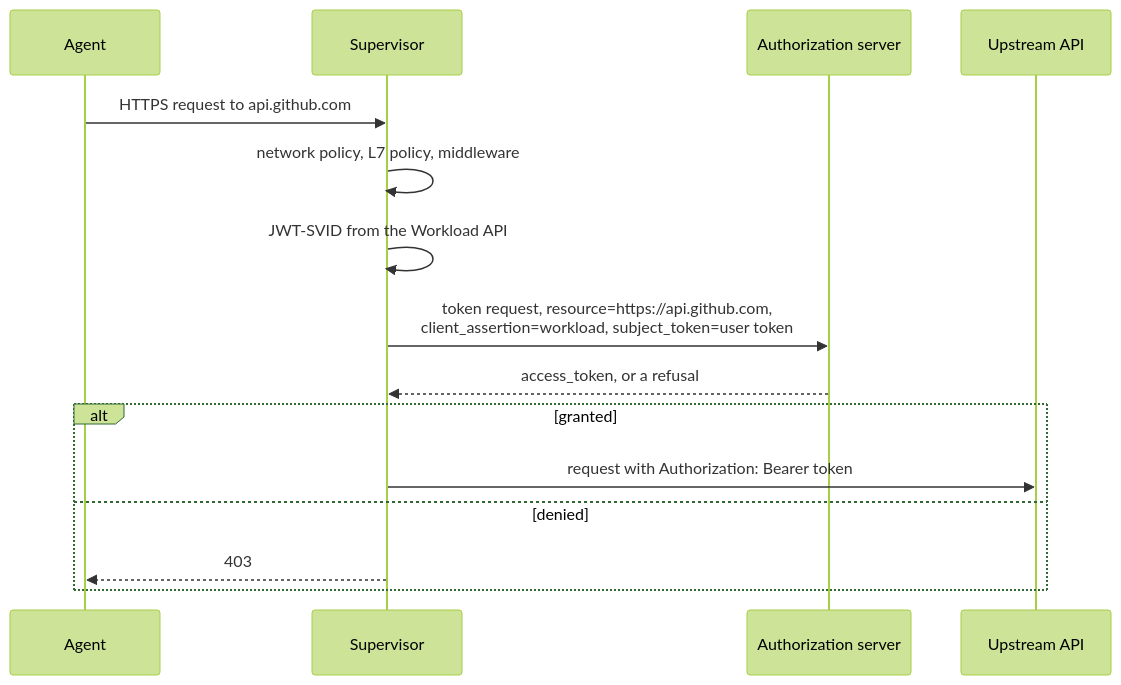
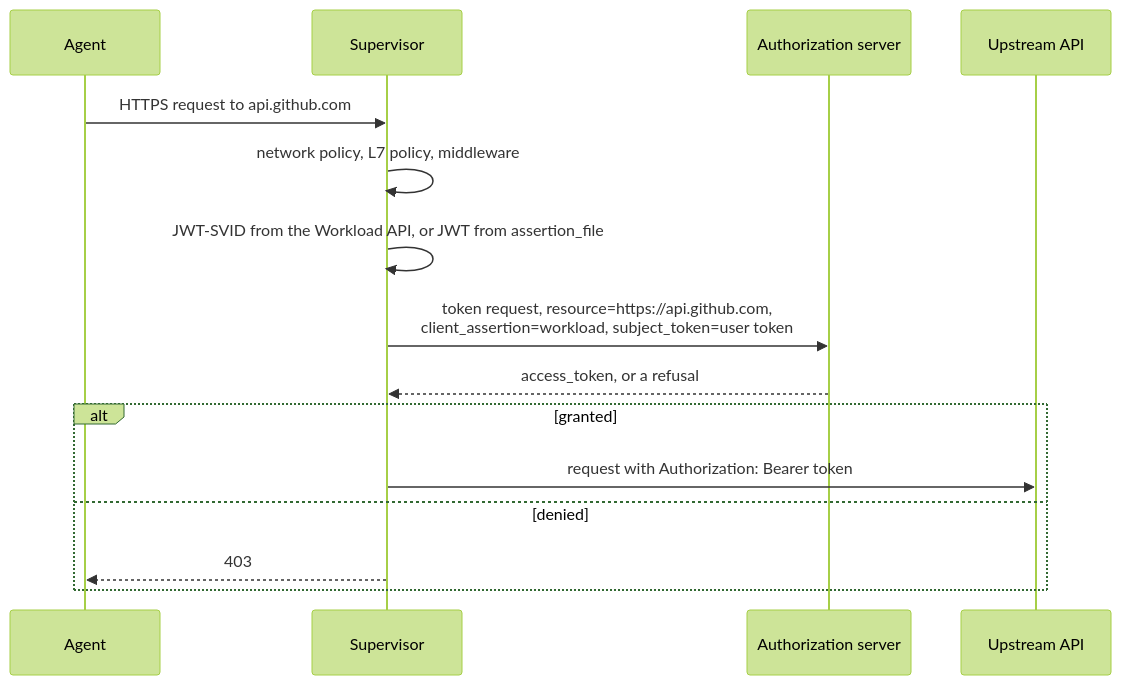
The diagram in rfc/0019-delegated-credential-grants/README.md (keycard-sandbox/OpenShell), drawn with Mermaid (forest theme) before and after one commit. The commit also changed other lines of this file and 7 other files, not shown here.

````diff
--- a/rfc/0019-delegated-credential-grants/README.md
+++ b/rfc/0019-delegated-credential-grants/README.md
@@ -93,18 +94,18 @@
 ```mermaid
 sequenceDiagram
     participant Agent
     participant Supervisor
     participant AS as Authorization server
     participant API as Upstream API
 
     Agent->>Supervisor: HTTPS request to api.github.com
     Supervisor->>Supervisor: network policy, L7 policy, middleware
-    Supervisor->>Supervisor: JWT-SVID from the Workload API
+    Supervisor->>Supervisor: JWT-SVID from the Workload API, or JWT from assertion_file
     Supervisor->>AS: token request, resource=https://api.github.com,<br/>client_assertion=workload, subject_token=user token
     AS-->>Supervisor: access_token, or a refusal
     alt granted
         Supervisor->>API: request with Authorization: Bearer token
     else denied
         Supervisor-->>Agent: 403
     end
 ```
````
